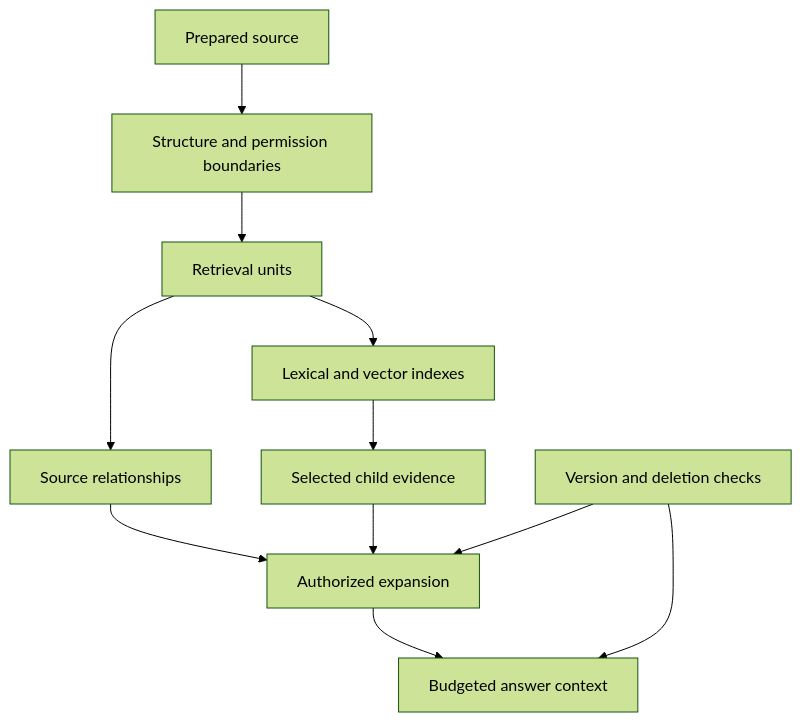
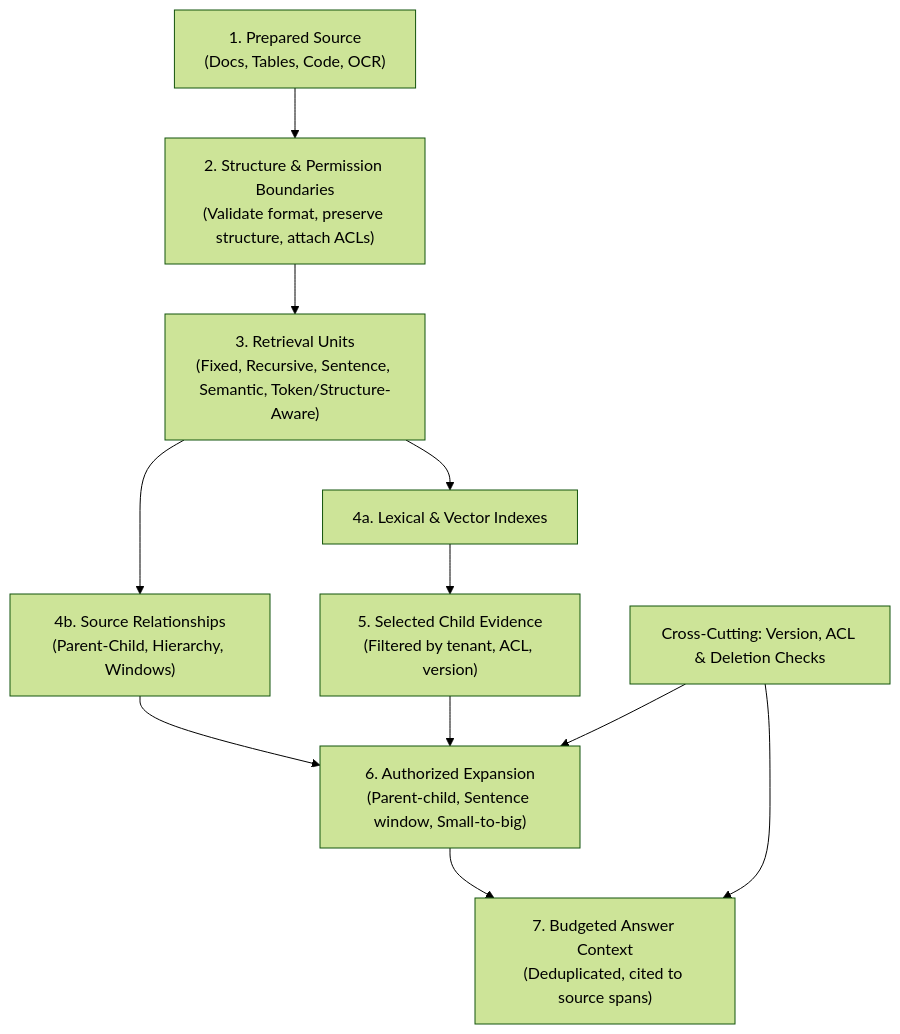
The second of 3 diagrams in v3/M06 — Embeddings, Search & RAG Reading Index/M06.1.2_Chunking.md (IamTheBest1Great/AI-Dev), drawn with Mermaid (forest theme) before and after one commit. The commit also changed other lines of this file, not shown here.

````diff
--- a/v3/M06 — Embeddings, Search & RAG Reading Index/M06.1.2_Chunking.md
+++ b/v3/M06 — Embeddings, Search & RAG Reading Index/M06.1.2_Chunking.md
@@ -731,13 +311,13 @@
 ```mermaid
 flowchart TD
-    A[Prepared source] --> B[Structure and permission boundaries]
-    B --> C[Retrieval units]
-    C --> D[Lexical and vector indexes]
-    C --> E[Source relationships]
-    D --> F[Selected child evidence]
-    E --> G[Authorized expansion]
+    A["1. Prepared Source<br/>(Docs, Tables, Code, OCR)"] --> B["2. Structure & Permission Boundaries<br/>(Validate format, preserve structure, attach ACLs)"]
+    B --> C["3. Retrieval Units<br/>(Fixed, Recursive, Sentence, Semantic, Token/Structure-Aware)"]
+    C --> D["4a. Lexical & Vector Indexes"]
+    C --> E["4b. Source Relationships<br/>(Parent-Child, Hierarchy, Windows)"]
+    D --> F["5. Selected Child Evidence<br/>(Filtered by tenant, ACL, version)"]
+    E --> G["6. Authorized Expansion<br/>(Parent-child, Sentence window, Small-to-big)"]
     F --> G
-    G --> H[Budgeted answer context]
-    I[Version and deletion checks] --> G
+    G --> H["7. Budgeted Answer Context<br/>(Deduplicated, cited to source spans)"]
+    I["Cross-Cutting: Version, ACL & Deletion Checks"] --> G
     I --> H
 ```
````
